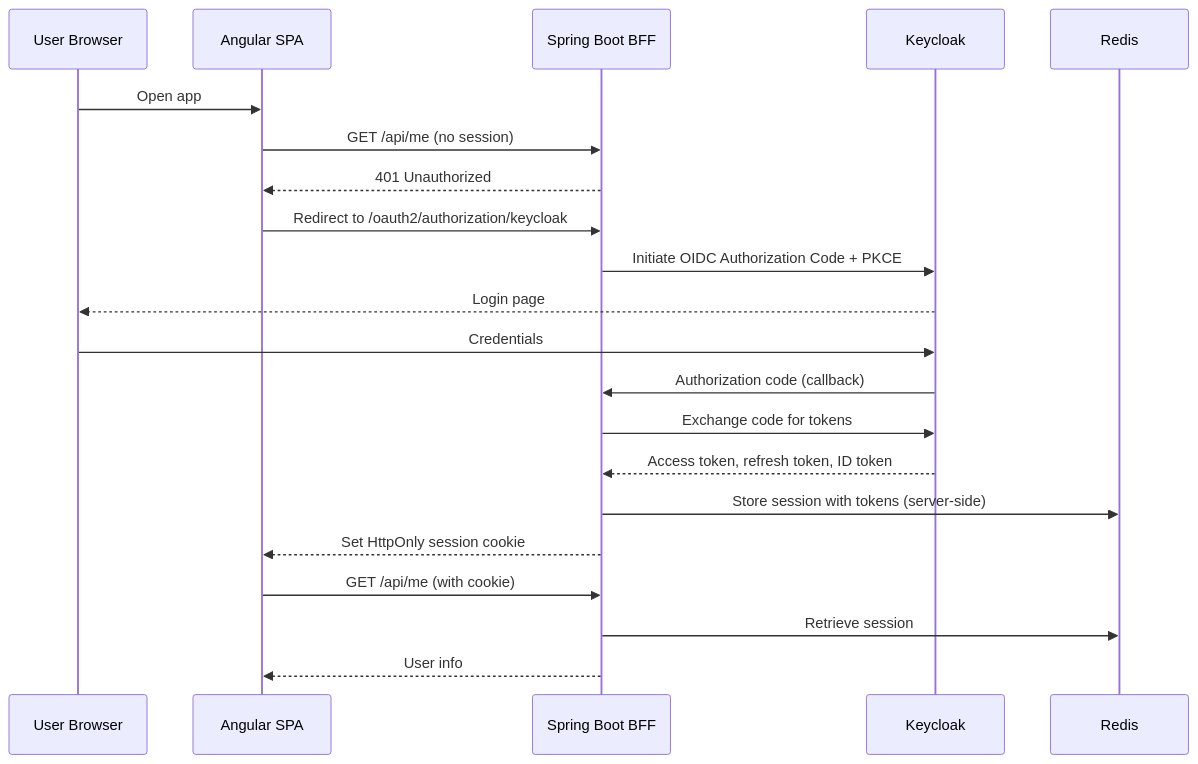
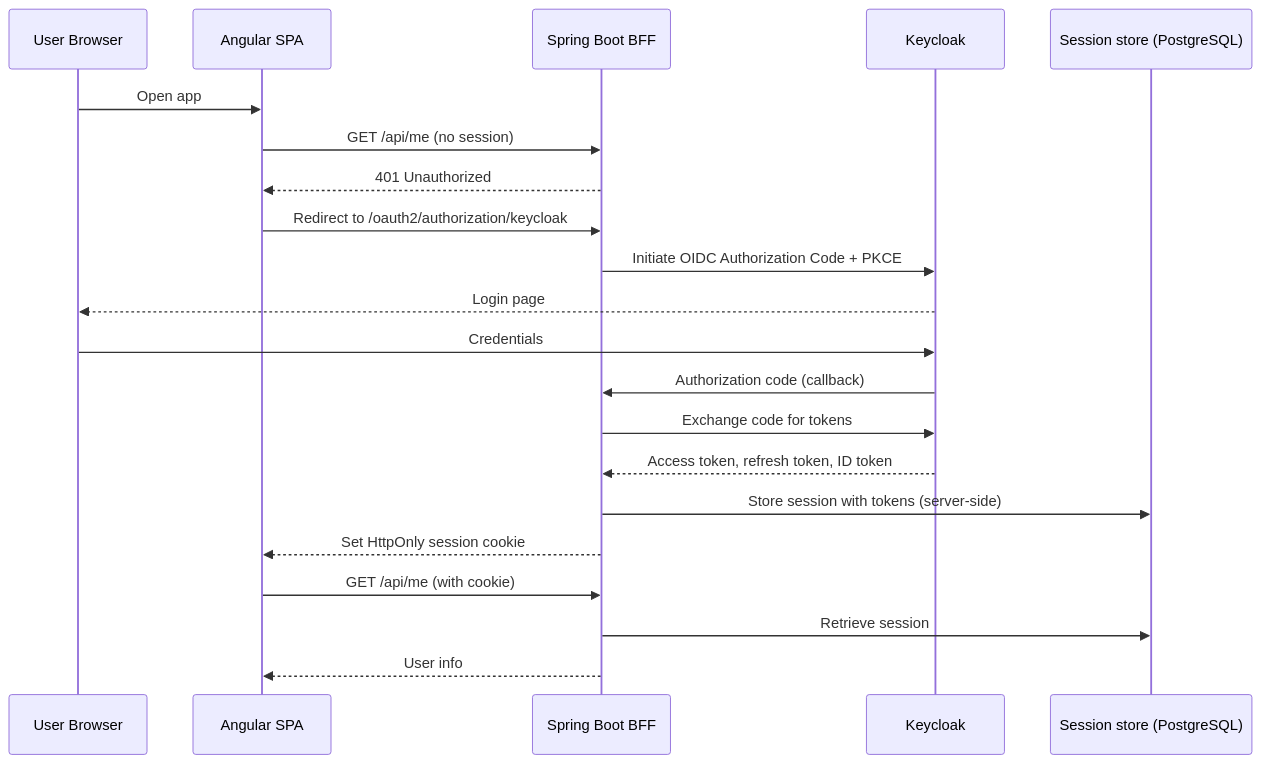
Before and after one commit to elR1cu/pecunia: the second of 3 diagrams in docs/architecture.md, drawn with Mermaid. The commit also changed other lines of this file and 9 other files, not shown here.

````diff
--- a/docs/architecture.md
+++ b/docs/architecture.md
@@ -196,24 +195,24 @@
 ```mermaid
 sequenceDiagram
     participant U as User Browser
     participant A as Angular SPA
     participant B as Spring Boot BFF
     participant K as Keycloak
-    participant R as Redis
+    participant S as Session store (PostgreSQL)
 
     U->>A: Open app
     A->>B: GET /api/me (no session)
     B-->>A: 401 Unauthorized
     A->>B: Redirect to /oauth2/authorization/keycloak
     B->>K: Initiate OIDC Authorization Code + PKCE
     K-->>U: Login page
     U->>K: Credentials
     K->>B: Authorization code (callback)
     B->>K: Exchange code for tokens
     K-->>B: Access token, refresh token, ID token
-    B->>R: Store session with tokens (server-side)
+    B->>S: Store session with tokens (server-side)
     B-->>A: Set HttpOnly session cookie
     A->>B: GET /api/me (with cookie)
-    B->>R: Retrieve session
+    B->>S: Retrieve session
     B-->>A: User info
 ```
````
